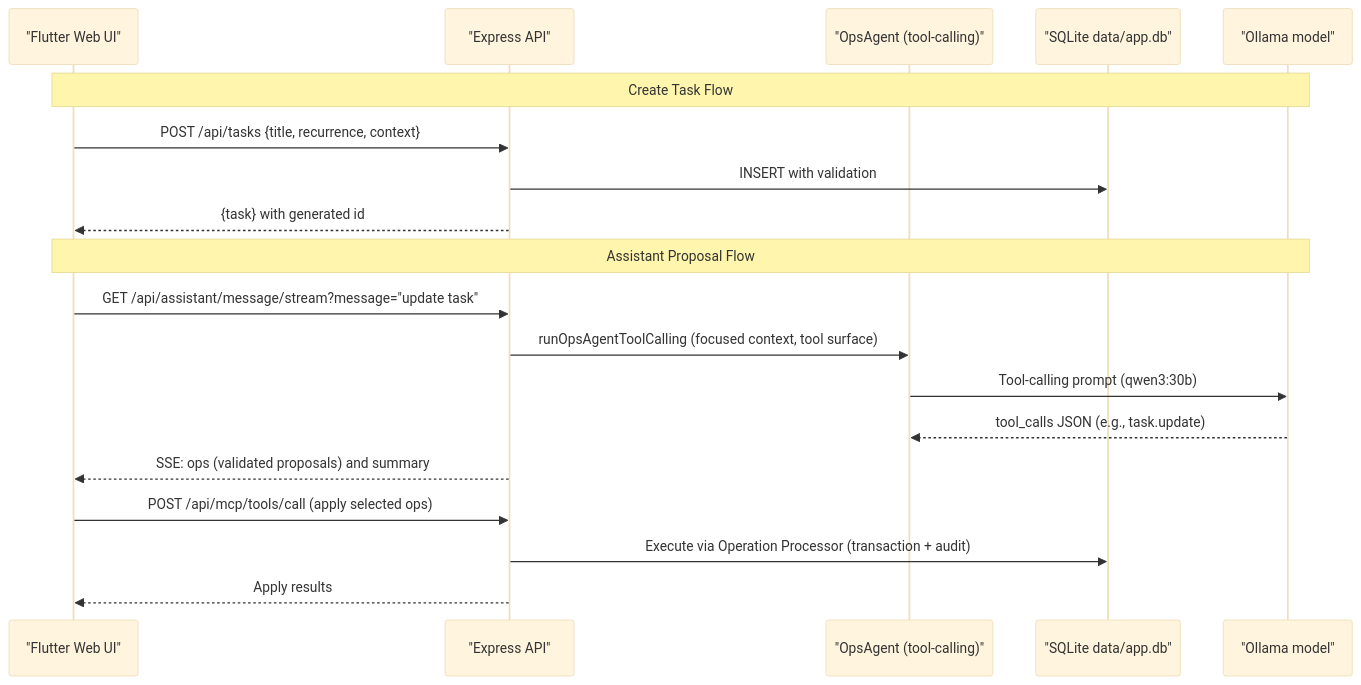
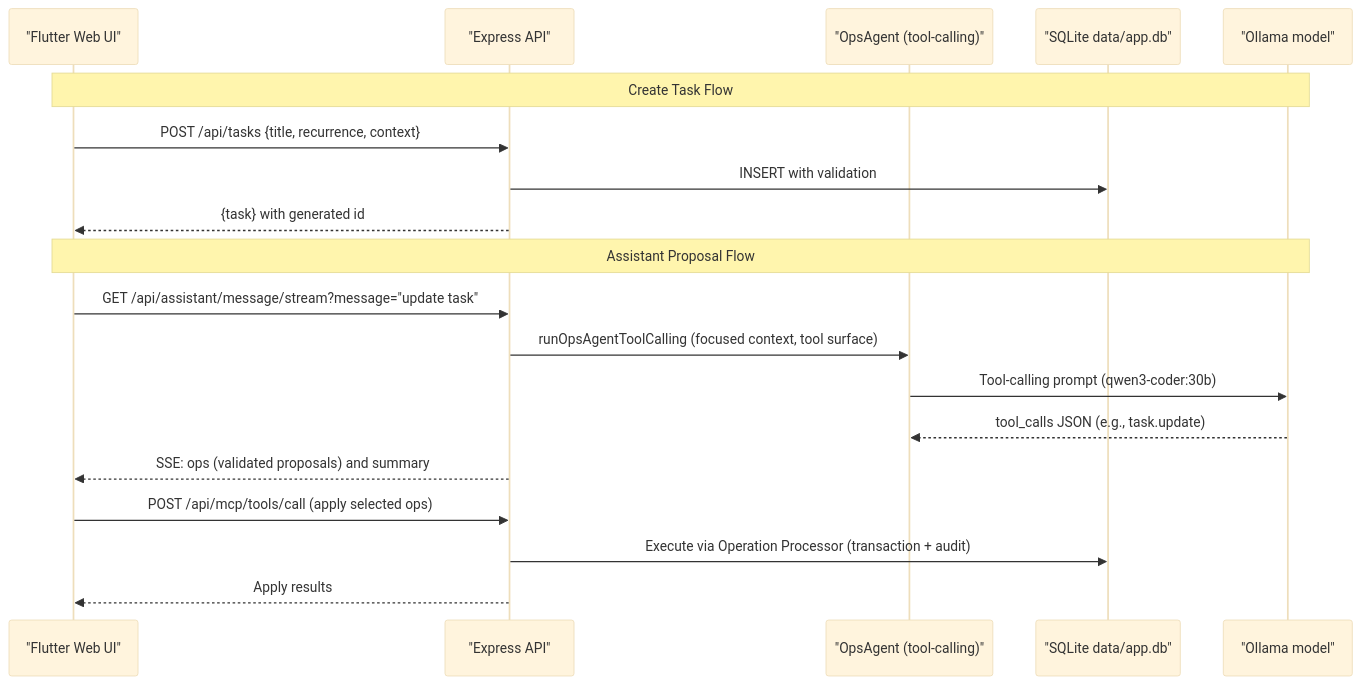
Before and after one commit to dantheman454/habit_app: the second of 2 diagrams in docs/mindmap/README.md, drawn with Mermaid (base theme). The commit also changed other lines of this file and 22 other files, not shown here.

````diff
--- a/docs/mindmap/README.md
+++ b/docs/mindmap/README.md
@@ -39,23 +39,23 @@
 ```mermaid
 sequenceDiagram
   participant UI as "Flutter Web UI"
   participant API as "Express API"
   participant OPS as "OpsAgent (tool-calling)"
   participant DB as "SQLite data/app.db"
   participant LLM as "Ollama model"
 
   Note over UI,LLM: Create Task Flow
   UI->>API: POST /api/tasks {title, recurrence, context}
   API->>DB: INSERT with validation
   API-->>UI: {task} with generated id
 
   Note over UI,LLM: Assistant Proposal Flow
   UI->>API: GET /api/assistant/message/stream?message="update task"
   API->>OPS: runOpsAgentToolCalling (focused context, tool surface)
-  OPS->>LLM: Tool-calling prompt (qwen3:30b)
+  OPS->>LLM: Tool-calling prompt (qwen3-coder:30b)
   LLM-->>OPS: tool_calls JSON (e.g., task.update)
   API-->>UI: SSE: ops (validated proposals) and summary
   UI->>API: POST /api/mcp/tools/call (apply selected ops)
   API->>DB: Execute via Operation Processor (transaction + audit)
   API-->>UI: Apply results
 ```
````
